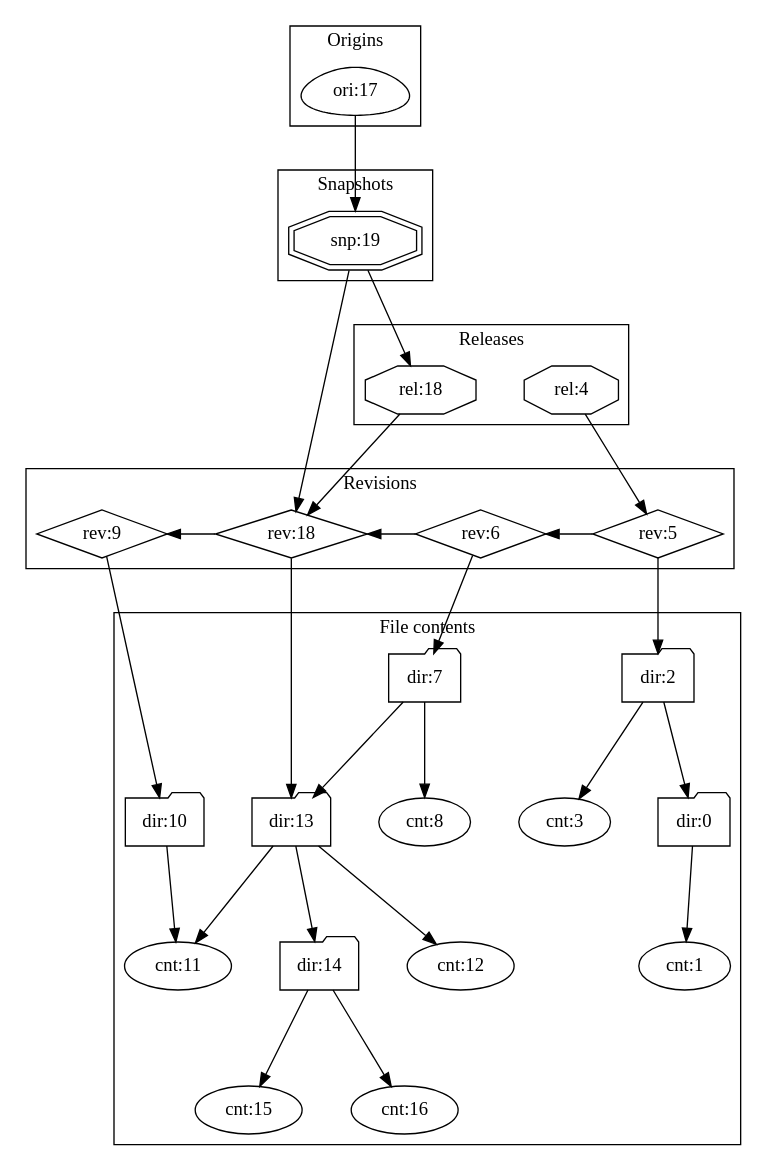
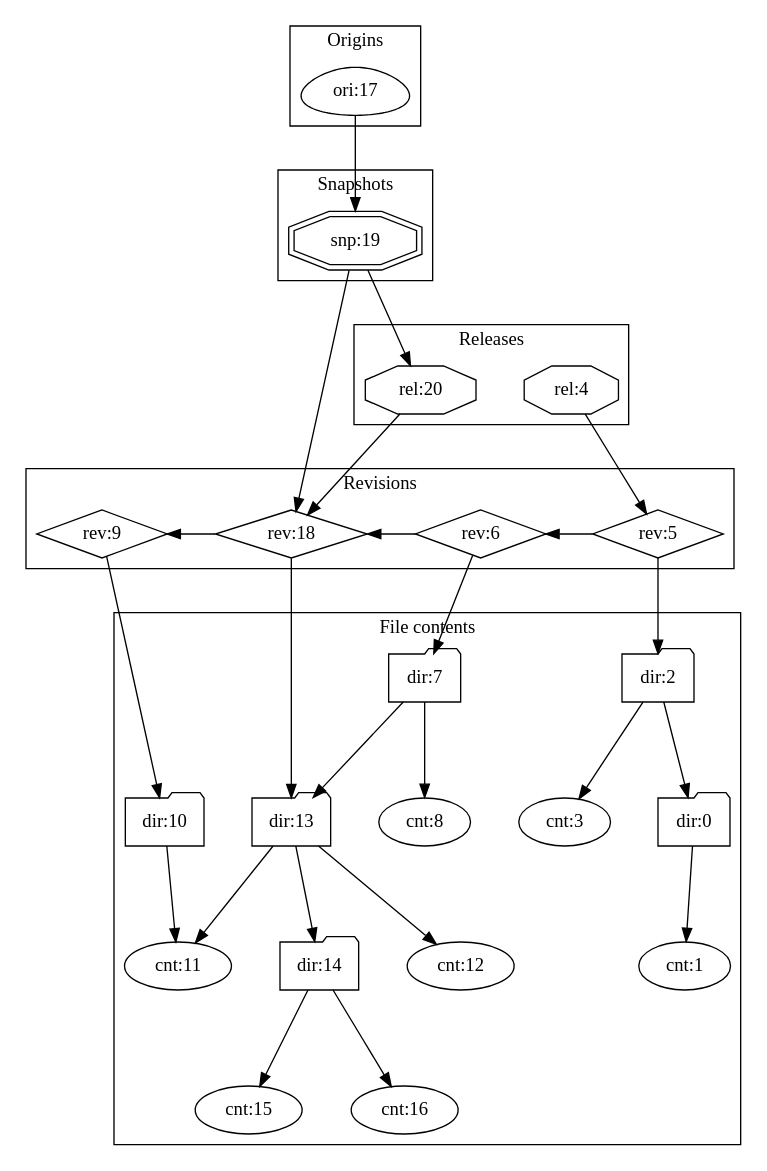
Before and after one commit to SoftwareHeritage/webgraph-tinkerpop: the diagram in src/main/resources/example/example-webgraph-ids.dot, drawn with Graphviz. The commit also changed 1 other file, not shown here.

```diff
--- a/src/main/resources/example/example-webgraph-ids.dot
+++ b/src/main/resources/example/example-webgraph-ids.dot
@@ -1,82 +1,82 @@
 digraph "Software Heritage mini DAG" {
     ranksep=1;
     nodesep=0.5;
 
     subgraph cnt {
         01 [label="cnt:11"];
         04 [label="cnt:15"];
         05 [label="cnt:16"];
         07 [label="cnt:12"];
         11 [label="cnt:8"];
         14 [label="cnt:3"];
         15 [label="cnt:1"];
     }
 
     subgraph cluster_dir {
         label="File contents";
         node [shape=folder];
         02 [label="dir:10"];
         06 [label="dir:14"];
         08 [label="dir:13"];
         12 [label="dir:7"];
         16 [label="dir:0"];
         17 [label="dir:2"];
 
         02 -> 01;
         06 -> 04;
         06 -> 05;
         08 -> 01;
         08 -> 06;
         08 -> 07;
         12 -> 08;
         12 -> 11;
         16 -> 15;
         17 -> 14;
         17 -> 16;
     }
 
     subgraph cluster_rev {
         label="Revisions";
         node [shape=diamond];
         03 [label="rev:9"];
         09 [label="rev:18"];
         13 [label="rev:6"];
         18 [label="rev:5"];
 
         03 -> 02;
         09 -> 08;
         13 -> 12;
         18 -> 17;
         // horizontal rev -> rev edges
         09 -> 03 [constraint=false];
         13 -> 09 [constraint=false];
         18 -> 13 [constraint=false];
     }
 
     subgraph cluster_rel {
         label="Releases";
         node [shape=octagon];
-        10 [label="rel:18"];
+        10 [label="rel:20"];
         19 [label="rel:4"];
 
         10 -> 09;
         19 -> 18;
     }
 
     subgraph cluster_snp {
         label="Snapshots";
         node [shape=doubleoctagon];
         20 [label="snp:19"];
 
         20 -> 09;
         20 -> 10;
     }
 
     subgraph cluster_ori {
         label="Origins";
         node [shape=egg];
         21 [label="ori:17"];
 
         21 -> 20;
     }
 }
```
